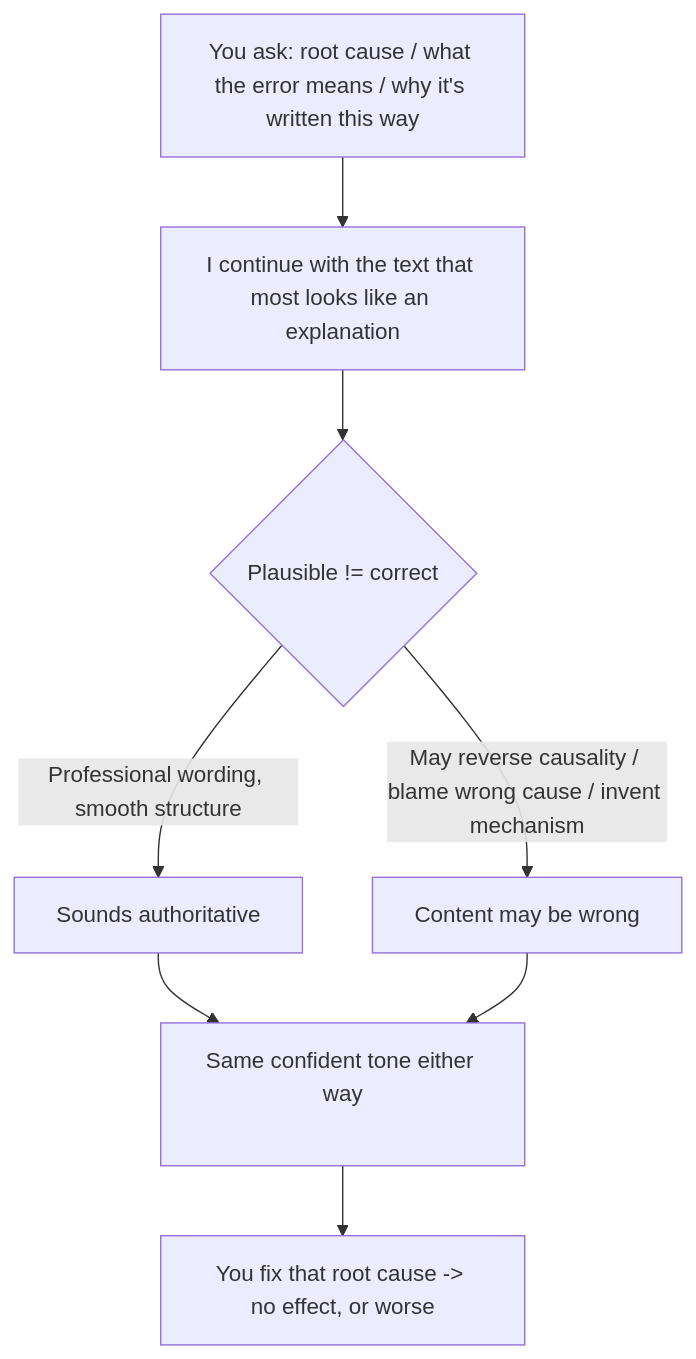
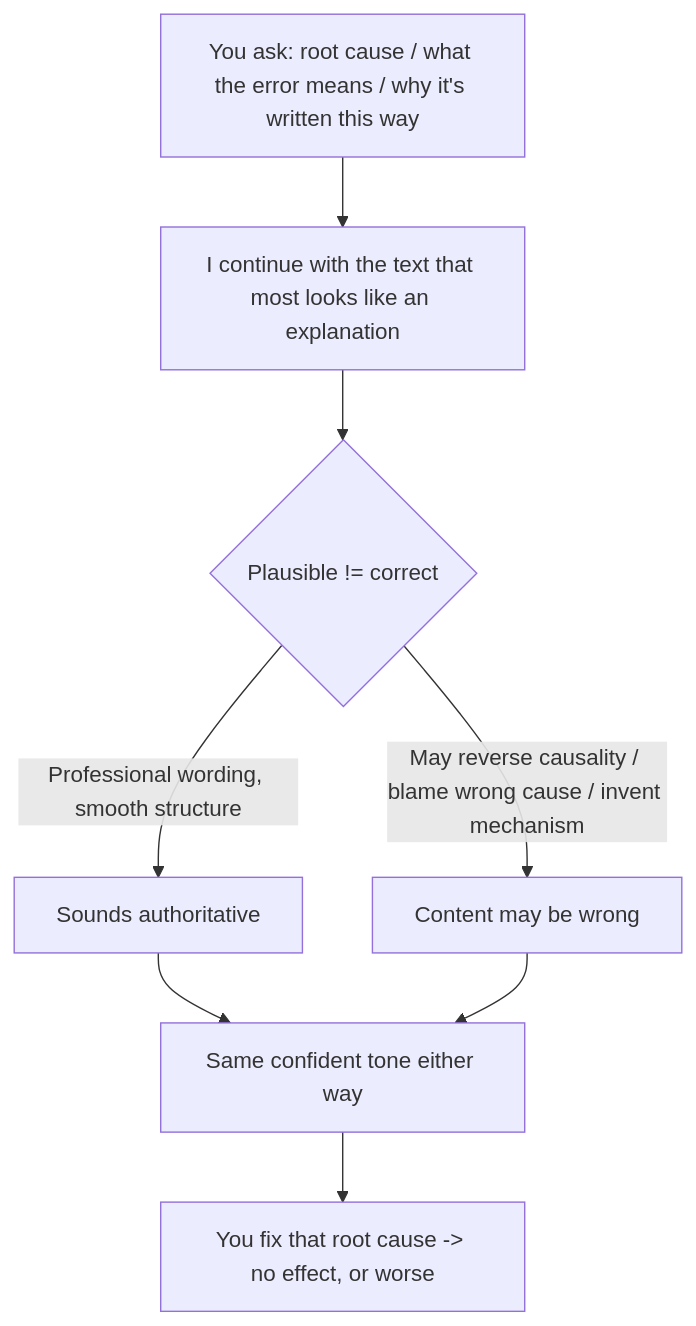
Before and after one commit to XuebinMa/AIWiki: the diagram in i18n/en/docusaurus-plugin-content-docs/current/01-ideation-feasibility/confidently-wrong-explanations.mdx, drawn with Mermaid. The commit also changed 99 other files, not shown here.

First line of the commit message:
fix(mermaid): 全局根治节点文字裁切（htmlLabels:false + 清理 br/nbsp 占位）(#26)

````diff
--- a/i18n/en/docusaurus-plugin-content-docs/current/01-ideation-feasibility/confidently-wrong-explanations.mdx
+++ b/i18n/en/docusaurus-plugin-content-docs/current/01-ideation-feasibility/confidently-wrong-explanations.mdx
@@ -40,10 +40,10 @@
 ```mermaid
 flowchart TD
     A[You ask: root cause / what the error means / why it's written this way] --> B[I continue with the text that most looks like an explanation]
     B --> C{Plausible != correct}
     C -->|Professional wording, smooth structure| D[Sounds authoritative]
     C -->|May reverse causality / blame wrong cause / invent mechanism| E[Content may be wrong]
-    D --> F[Same confident tone either way<br/>&nbsp;]
+    D --> F[Same confident tone either way]
     E --> F
     F --> G[You fix that root cause -> no effect, or worse]
 ```
````
